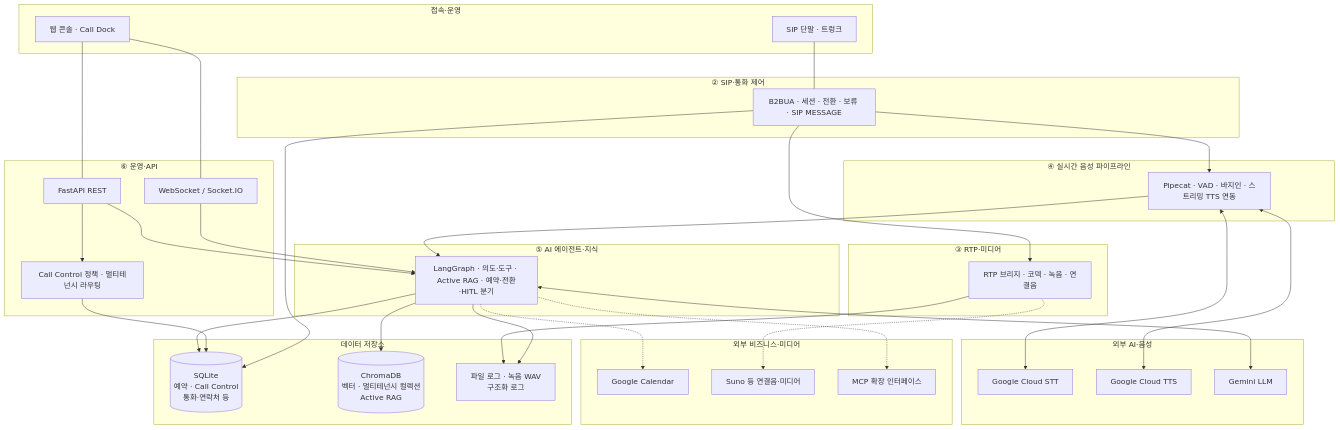
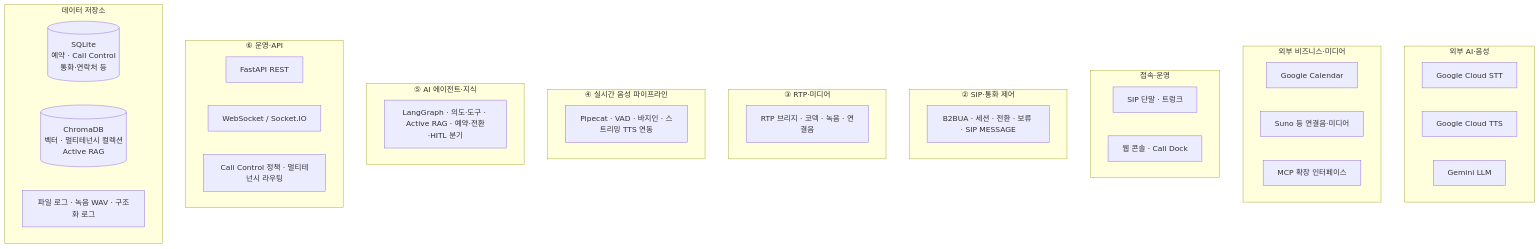
Before and after one commit to hak023/sip_pbx: the diagram in docs/presentation/PROJECT_BRIEF.md, drawn with Mermaid. The commit also changed other lines of this file, not shown here.

Commit message:
docs: 블록형 아키텍처 Mermaid에서 연결선 제거
Made-with: Cursor

````diff
--- a/docs/presentation/PROJECT_BRIEF.md
+++ b/docs/presentation/PROJECT_BRIEF.md
@@ -93,74 +93,47 @@
 ```mermaid
 flowchart TB
   subgraph ext_ai["외부 AI·음성"]
     STT["Google Cloud STT"]
     TTS["Google Cloud TTS"]
     GEM["Gemini LLM"]
   end
 
   subgraph ext_svc["외부 비즈니스·미디어"]
     GCAL["Google Calendar"]
     SUNO["Suno 등 연결음·미디어"]
     MCP["MCP 확장 인터페이스"]
   end
 
   subgraph clients["접속·운영"]
     SIP_EP["SIP 단말 · 트렁크"]
     WEB["웹 콘솔 · Call Dock"]
   end
 
+  subgraph sip_layer["② SIP·통화 제어"]
+    B2BUA["B2BUA · 세션 · 전환 · 보류 · SIP MESSAGE"]
+  end
+
   subgraph media_layer["③ RTP·미디어"]
     RTP["RTP 브리지 · 코덱 · 녹음 · 연결음"]
-  end
-
-  subgraph sip_layer["② SIP·통화 제어"]
-    B2BUA["B2BUA · 세션 · 전환 · 보류 · SIP MESSAGE"]
   end
 
   subgraph voice_layer["④ 실시간 음성 파이프라인"]
     PIPE["Pipecat · VAD · 바지인 · 스트리밍 TTS 연동"]
   end
 
   subgraph ai_layer["⑤ AI 에이전트·지식"]
     LG["LangGraph · 의도·도구 · Active RAG · 예약·전환·HITL 분기"]
   end
 
   subgraph ops_layer["⑥ 운영·API"]
     API["FastAPI REST"]
     WS["WebSocket / Socket.IO"]
     CC["Call Control 정책 · 멀티테넌시 라우팅"]
   end
 
   subgraph stores["데이터 저장소"]
     SQL[("SQLite<br/>예약 · Call Control<br/>통화·연락처 등")]
     CHROMA[("ChromaDB<br/>벡터 · 멀티테넌시 컬렉션<br/>Active RAG")]
-    FILES["파일 로그 · 녹음 WAV<br/>구조화 로그"]
+    FILES["파일 로그 · 녹음 WAV · 구조화 로그"]
   end
-
-  SIP_EP --- B2BUA
-  WEB --- API
-  WEB --- WS
-
-  B2BUA --> RTP
-  B2BUA --> PIPE
-  RTP -.-> SUNO
-
-  PIPE <--> STT
-  PIPE <--> TTS
-  PIPE --> LG
-
-  LG <--> GEM
-  LG --> CHROMA
-  LG --> SQL
-  LG -.-> GCAL
-  LG -.-> MCP
-
-  API --> CC
-  API --> LG
-  WS --> LG
-  CC --> SQL
-
-  B2BUA --> SQL
-  RTP --> FILES
-  LG --> FILES
 ```
````
